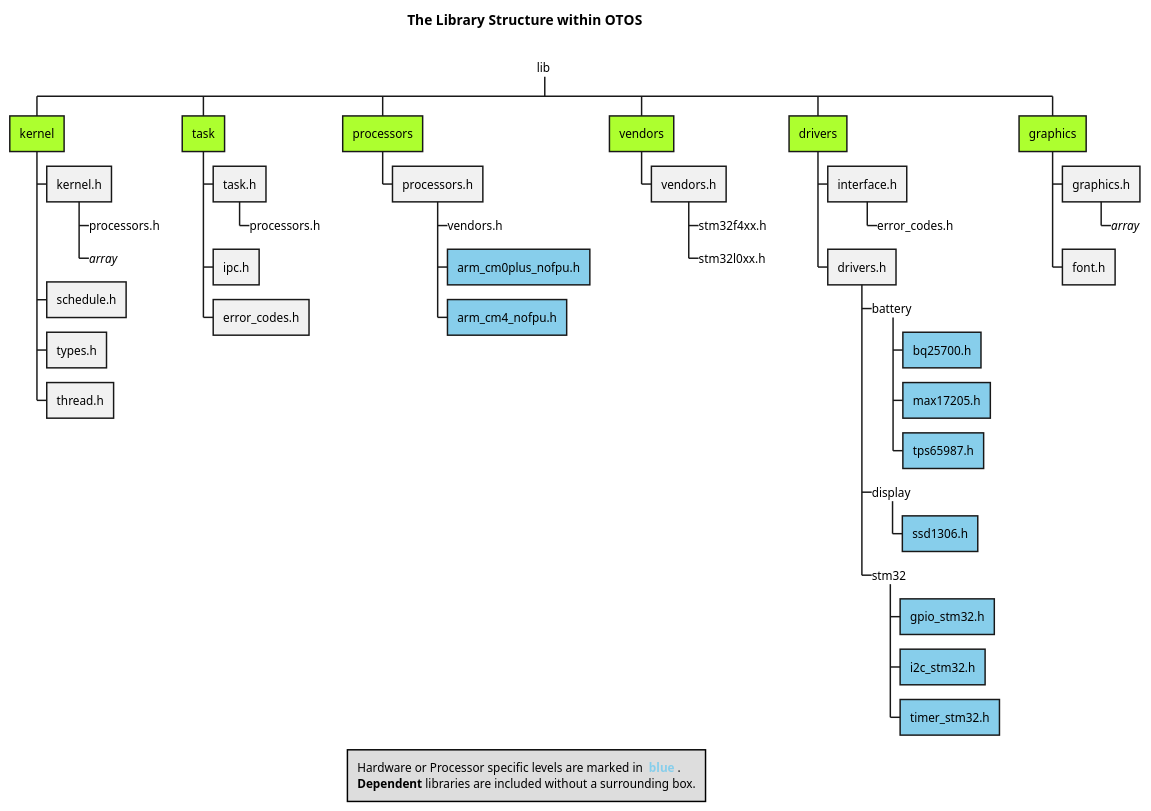
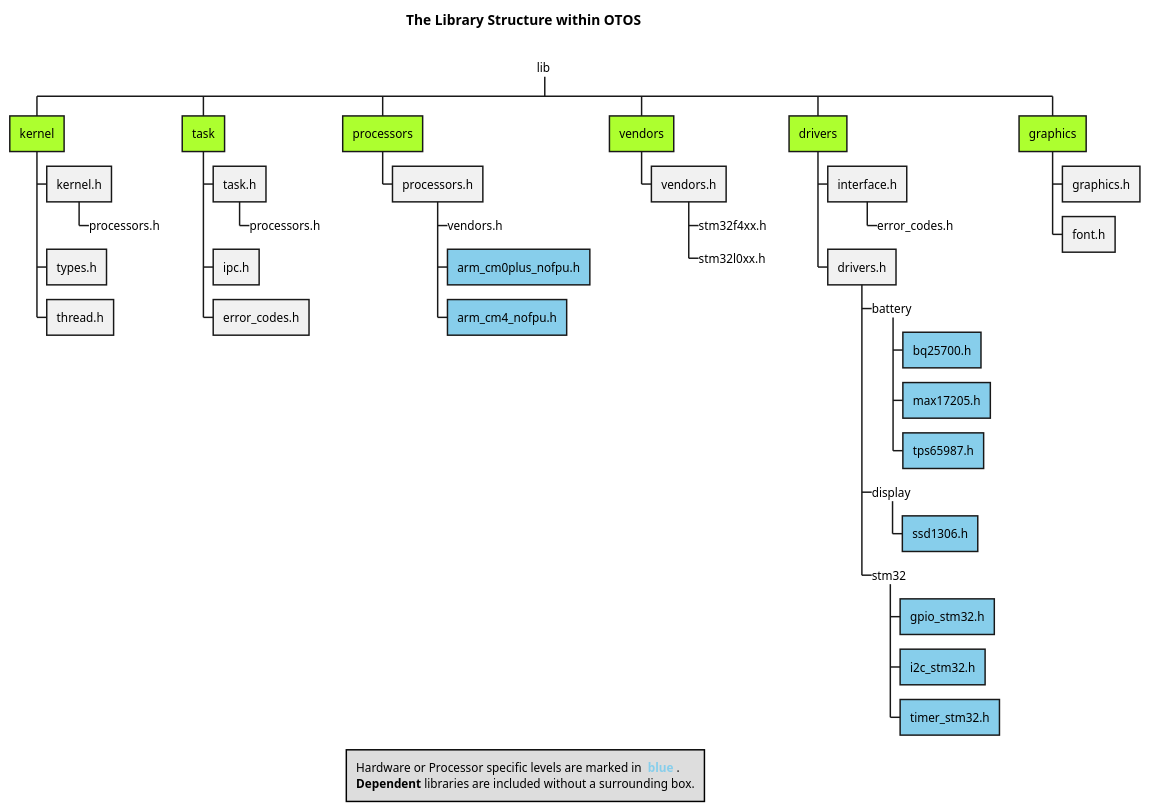
The diagram in doc/UML/WBS_LibStructure.puml (SebastianOberschwendtner/OTOS), drawn with PlantUML before and after one commit. The commit also changed 7 other files, not shown here.

```diff
--- a/doc/UML/WBS_LibStructure.puml
+++ b/doc/UML/WBS_LibStructure.puml
@@ -1,58 +1,56 @@
 @startwbs WBS_LibStructure
 title The Library Structure within **OTOS** \n
 legend Hardware or Processor specific levels are marked in **<color #SkyBlue> blue </color>**.\n<b>Dependent</b> libraries are included without a surrounding box.
 
 *_ lib
 
 ' === Kernel ===
 **[#GreenYellow] kernel
 *** kernel.h
 ****_ processors.h
-****_ //array//
-*** schedule.h
+' *** schedule.h
 *** types.h
 *** thread.h
 
 ' === Task ===
 **[#GreenYellow] task
 *** task.h
 ****_ processors.h
 *** ipc.h
 *** error_codes.h
 
 ' === Processors ===
 **[#GreenYellow] processors
 *** processors.h
 ****_ vendors.h
 ****[#SkyBlue] arm_cm0plus_nofpu.h
 ****[#SkyBlue] arm_cm4_nofpu.h
 
 ' === Vendors ===
 **[#GreenYellow] vendors
 *** vendors.h
 ****_ stm32f4xx.h
 ****_ stm32l0xx.h
 
 ' === Drivers ===
 **[#GreenYellow] drivers
 *** interface.h
 ****_ error_codes.h
 *** drivers.h
 ****_ battery
 *****[#SkyBlue] bq25700.h
 *****[#SkyBlue] max17205.h
 *****[#SkyBlue] tps65987.h
 ****_ display
 *****[#SkyBlue] ssd1306.h
 ****_ stm32
 *****[#SkyBlue] gpio_stm32.h
 *****[#SkyBlue] i2c_stm32.h
 *****[#SkyBlue] timer_stm32.h
 
 ' === Graphics ===
 **[#GreenYellow] graphics
 *** graphics.h
-****_ //array//
 *** font.h
 
 @endwbs
```
